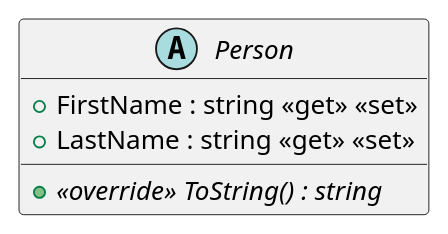
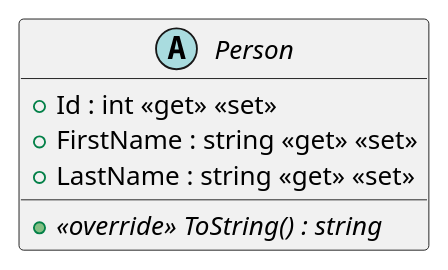
Before and after one commit to dinaelmasry666/ITI-Examination-System: the diagram in Examination System UML/plantuml/Examination System UML/Person.puml, drawn with PlantUML. The commit also changed 18 other files, not shown here.

Commit message:
fixed some issues and implemented PlantUML class diagram

```diff
--- a/Examination System UML/plantuml/Examination System UML/Person.puml
+++ b/Examination System UML/plantuml/Examination System UML/Person.puml
@@ -1,7 +1,8 @@
 @startuml
 abstract class Person {
+    + Id : int <<get>> <<set>>
     + FirstName : string <<get>> <<set>>
     + LastName : string <<get>> <<set>>
     + {abstract} <<override>> ToString() : string
 }
 @enduml
```
